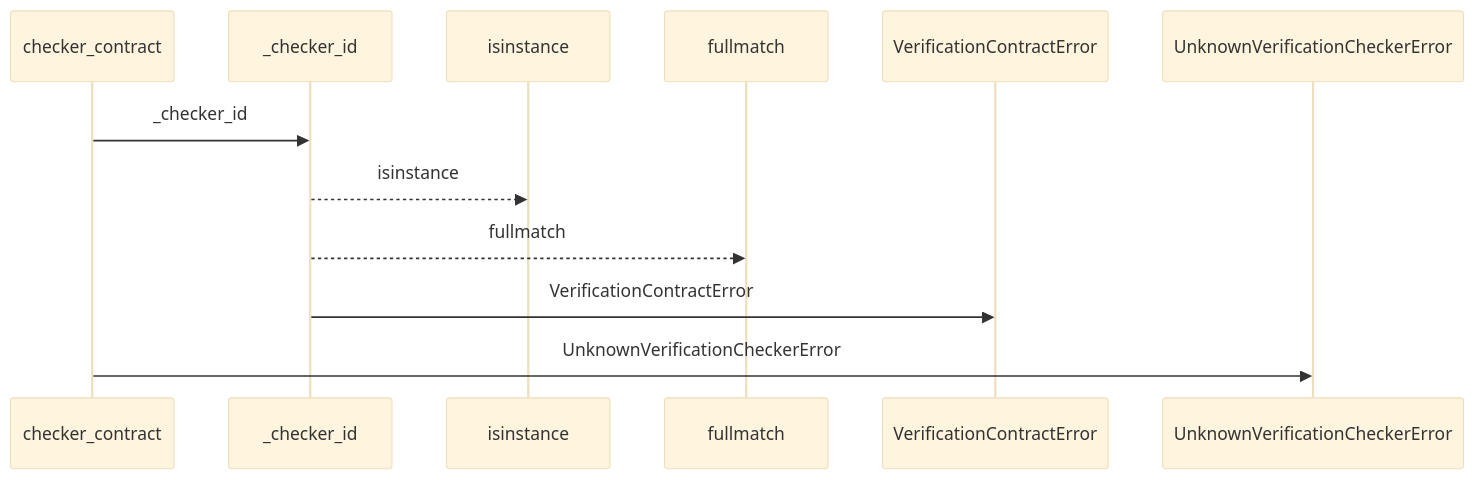
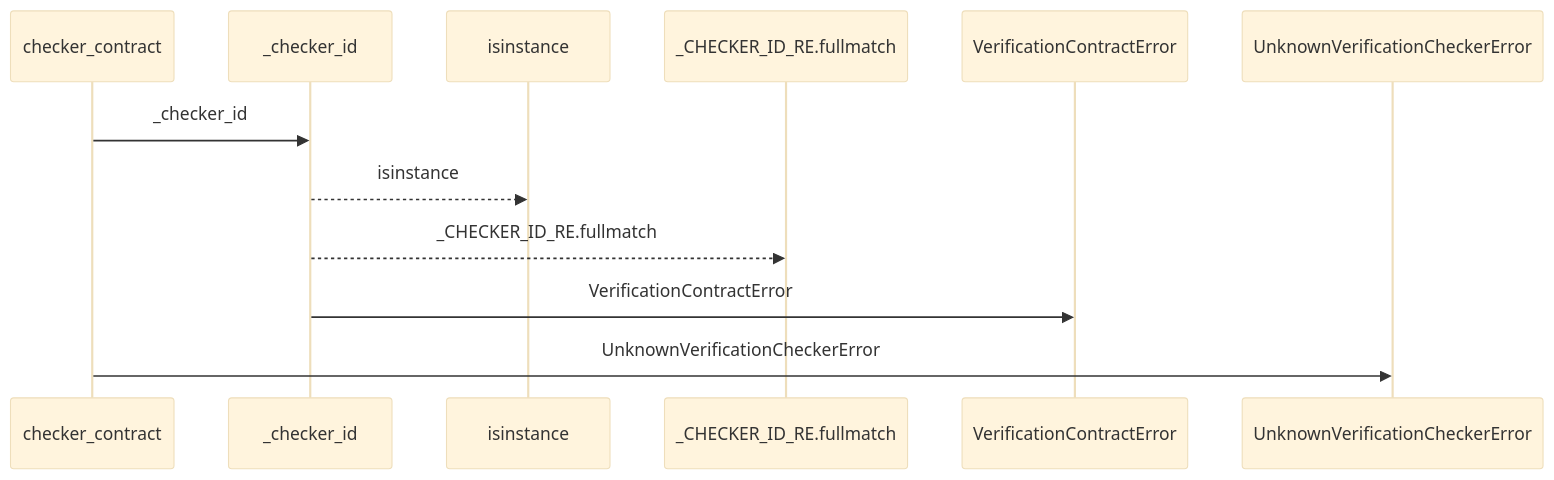
The first of 2 diagrams in docs/llm_wiki/flows/api-checker_contract.md (Denissvgn/python-wiki-llm), drawn with Mermaid (base theme) before and after one commit. The commit also changed other lines of this file and 719 other files, not shown here.

````diff
--- a/docs/llm_wiki/flows/api-checker_contract.md
+++ b/docs/llm_wiki/flows/api-checker_contract.md
@@ -10,14 +10,14 @@
 ```mermaid
 sequenceDiagram
     participant p0 as checker_contract
     participant p1 as _checker_id
     participant p2 as isinstance
-    participant p3 as fullmatch
+    participant p3 as _CHECKER_ID_RE.fullmatch
     participant p4 as VerificationContractError
     participant p5 as UnknownVerificationCheckerError
     p0->>p1: _checker_id
     p1-->>p2: isinstance
-    p1-->>p3: fullmatch
+    p1-->>p3: _CHECKER_ID_RE.fullmatch
     p1->>p4: VerificationContractError
     p0->>p5: UnknownVerificationCheckerError
 ```
````
